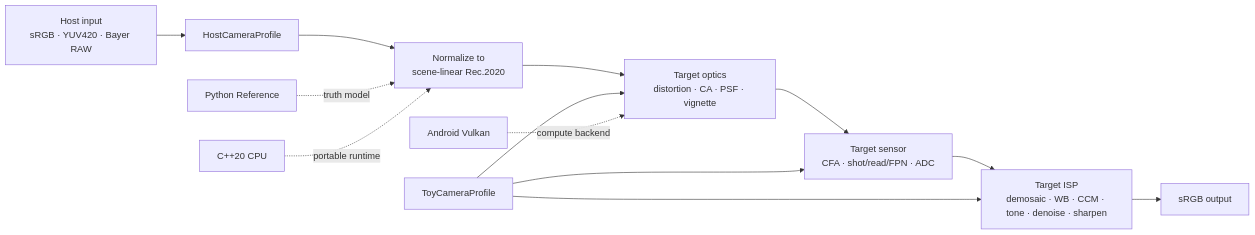
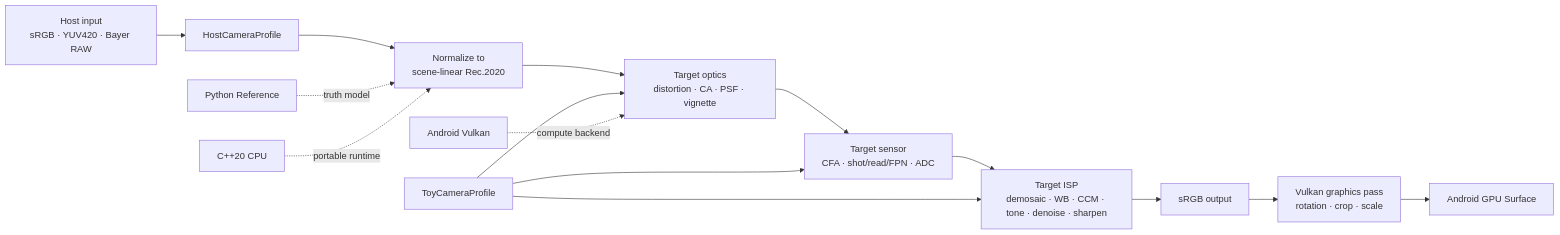
Before and after one commit to Warkey1991/PhyToyEngine: the diagram in README.md, drawn with Mermaid. The commit also changed other lines of this file and 31 other files, not shown here.

Commit message:
feat(android): present processed Vulkan preview

````diff
--- a/README.md
+++ b/README.md
@@ -17,17 +18,19 @@
 ```mermaid
 flowchart LR
     IN["Host input<br/>sRGB · YUV420 · Bayer RAW"] --> HP["HostCameraProfile"]
     HP --> N["Normalize to<br/>scene-linear Rec.2020"]
     N --> O["Target optics<br/>distortion · CA · PSF · vignette"]
     O --> S["Target sensor<br/>CFA · shot/read/FPN · ADC"]
     S --> I["Target ISP<br/>demosaic · WB · CCM · tone · denoise · sharpen"]
     I --> OUT["sRGB output"]
+    OUT --> WSI["Vulkan graphics pass<br/>rotation · crop · scale"]
+    WSI --> SURFACE["Android GPU Surface"]
 
     TP["ToyCameraProfile"] --> O
     TP --> S
     TP --> I
 
     REF["Python Reference"] -. "truth model" .-> N
     CPU["C++20 CPU"] -. "portable runtime" .-> N
     VK["Android Vulkan"] -. "compute backend" .-> O
 ```
````
